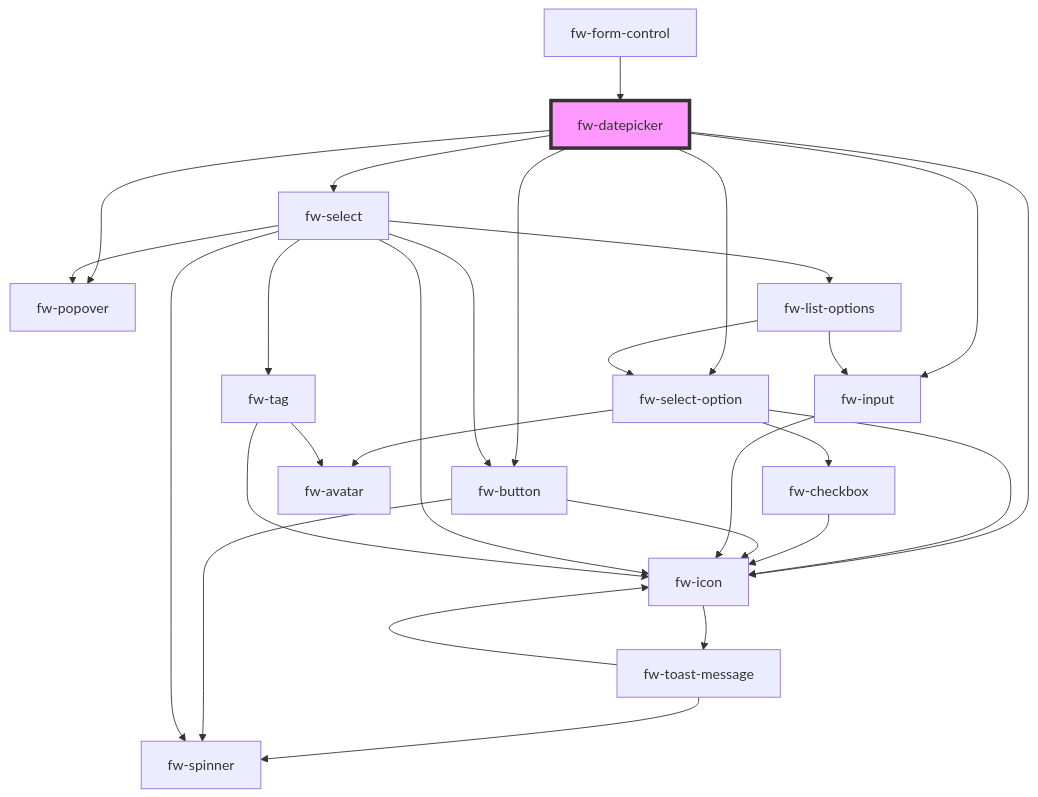
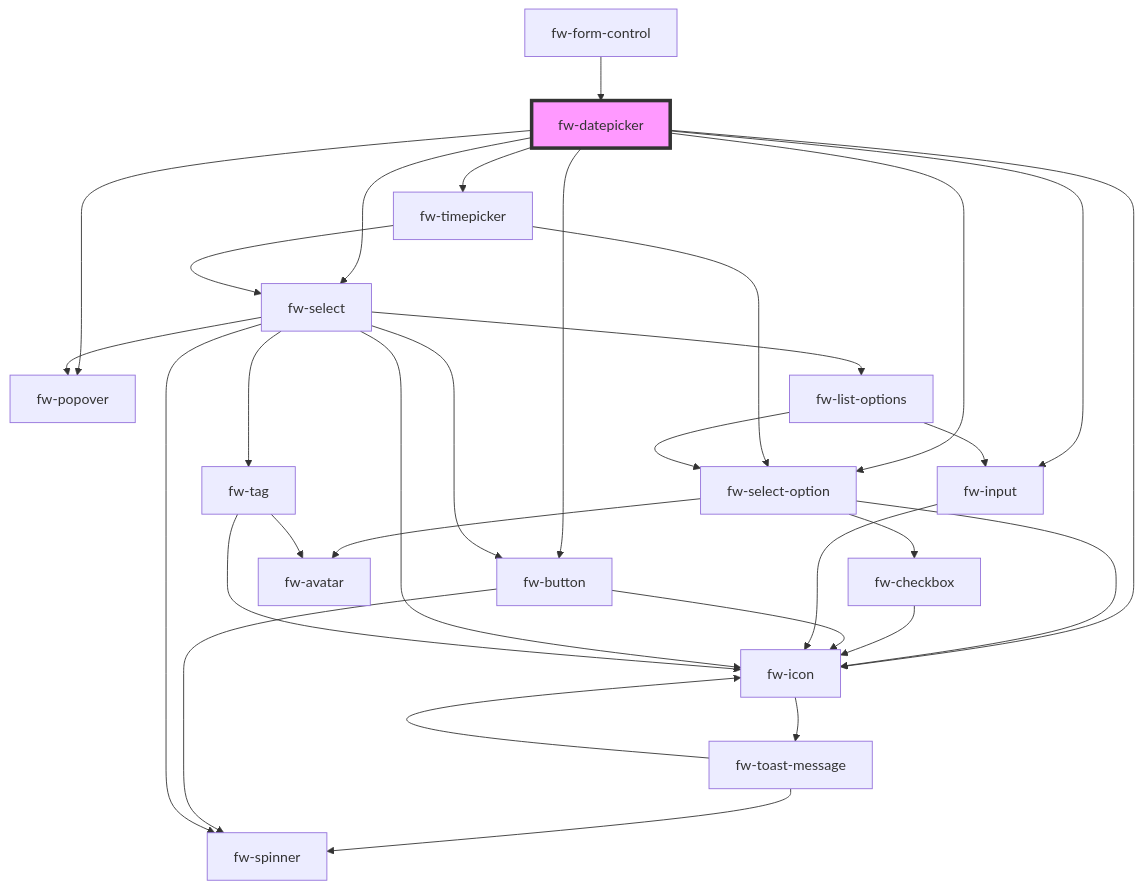
The diagram in packages/crayons-core/src/components/datepicker/readme.md (freshworks/crayons), drawn with Mermaid before and after one commit. The commit also changed other lines of this file and 8 other files, not shown here.

````diff
--- a/packages/crayons-core/src/components/datepicker/readme.md
+++ b/packages/crayons-core/src/components/datepicker/readme.md
@@ -189,31 +192,34 @@
 ```mermaid
 graph TD;
   fw-datepicker --> fw-select-option
   fw-datepicker --> fw-button
+  fw-datepicker --> fw-input
+  fw-datepicker --> fw-timepicker
   fw-datepicker --> fw-popover
-  fw-datepicker --> fw-input
   fw-datepicker --> fw-icon
   fw-datepicker --> fw-select
   fw-select-option --> fw-icon
   fw-select-option --> fw-checkbox
   fw-select-option --> fw-avatar
   fw-icon --> fw-toast-message
   fw-toast-message --> fw-spinner
   fw-toast-message --> fw-icon
   fw-checkbox --> fw-icon
   fw-button --> fw-spinner
   fw-button --> fw-icon
   fw-input --> fw-icon
+  fw-timepicker --> fw-select
+  fw-timepicker --> fw-select-option
   fw-select --> fw-tag
   fw-select --> fw-popover
   fw-select --> fw-button
   fw-select --> fw-spinner
   fw-select --> fw-icon
   fw-select --> fw-list-options
   fw-tag --> fw-avatar
   fw-tag --> fw-icon
   fw-list-options --> fw-select-option
   fw-list-options --> fw-input
   fw-form-control --> fw-datepicker
   style fw-datepicker fill:#f9f,stroke:#333,stroke-width:4px
 ```
````
